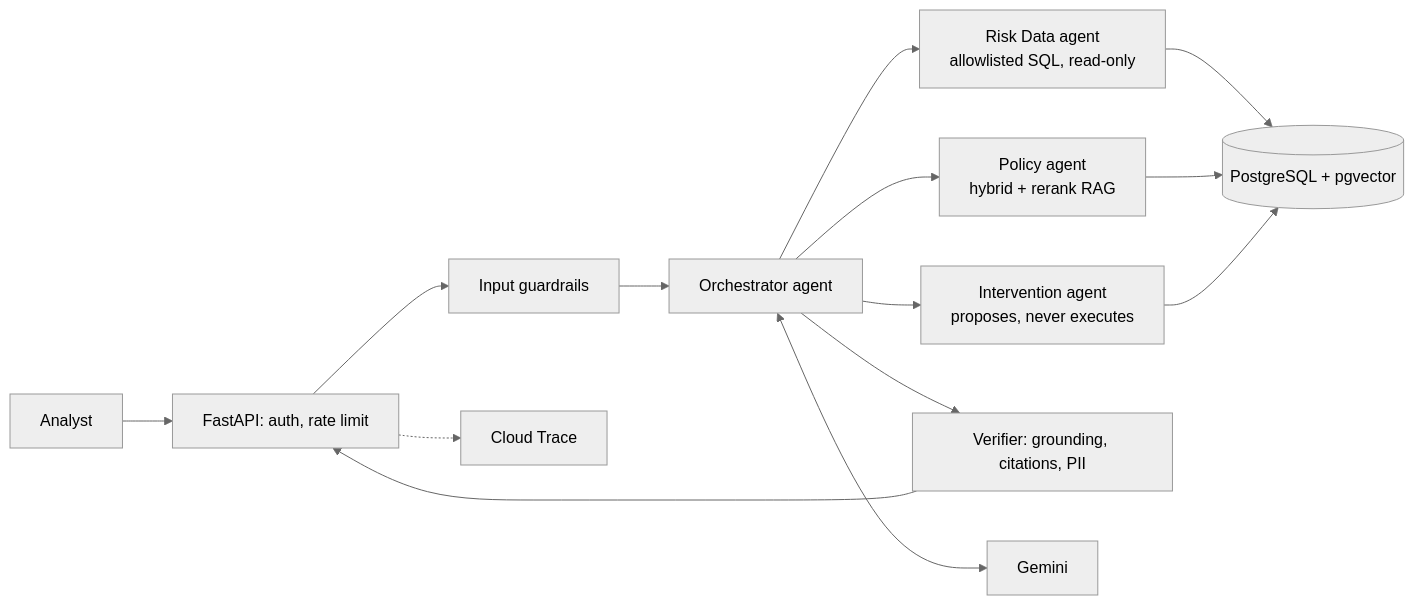
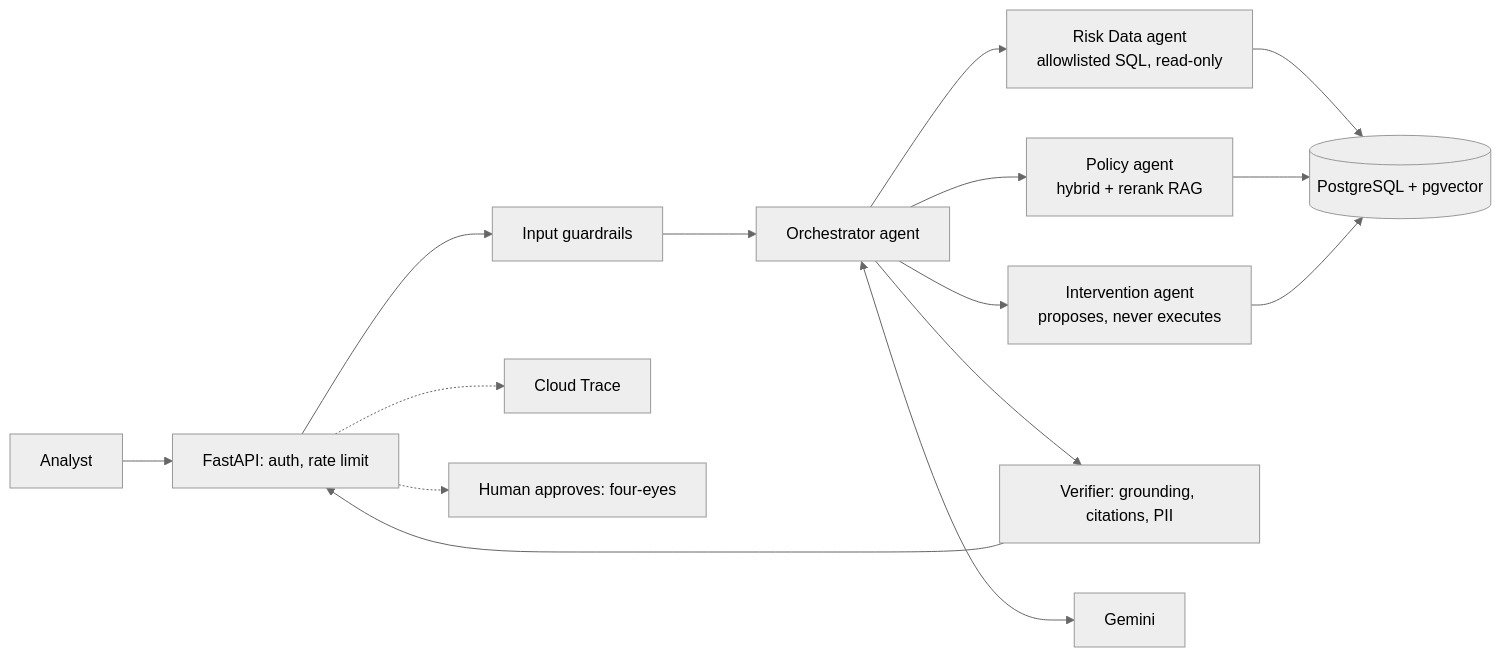
One commit to pr1t4m-d3y/Drishti changed the diagram in README.md. Above: the diagram before and after it, drawn with Mermaid (neutral theme). The commit also changed other lines of this file, not shown here.

````diff
--- a/README.md
+++ b/README.md
@@ -26,16 +64,17 @@
 ```mermaid
 flowchart LR
   U[Analyst] --> API[FastAPI: auth, rate limit]
   API --> G[Input guardrails]
   G --> O[Orchestrator agent]
   O --> R[Risk Data agent<br/>allowlisted SQL, read-only]
   O --> P[Policy agent<br/>hybrid + rerank RAG]
   O --> I[Intervention agent<br/>proposes, never executes]
   R --> DB[(PostgreSQL + pgvector)]
   P --> DB
   I --> DB
   O --> V[Verifier: grounding, citations, PII]
   V --> API
   O <--> LLM[Gemini]
   API -.-> T[Cloud Trace]
+  API -.-> H[Human approves: four-eyes]
 ```
````
